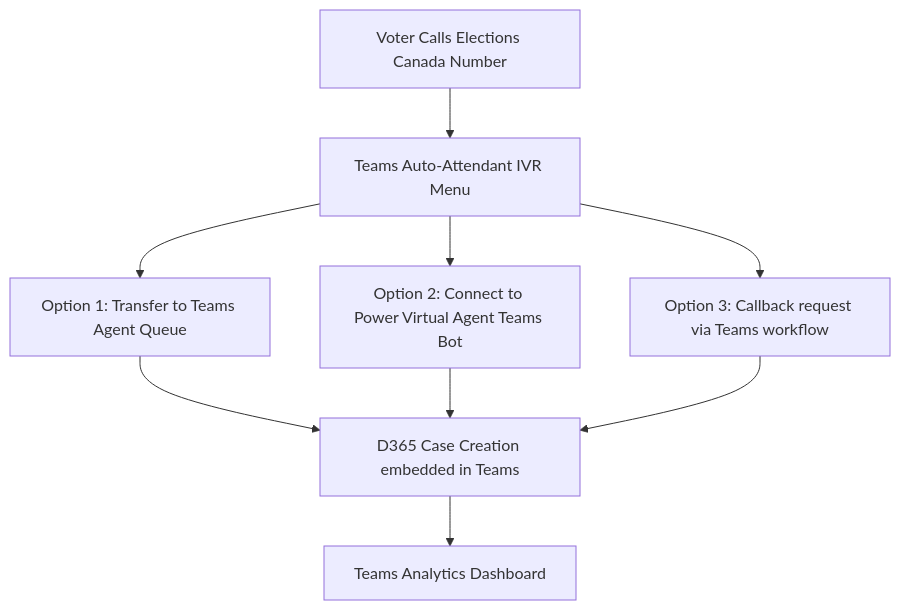
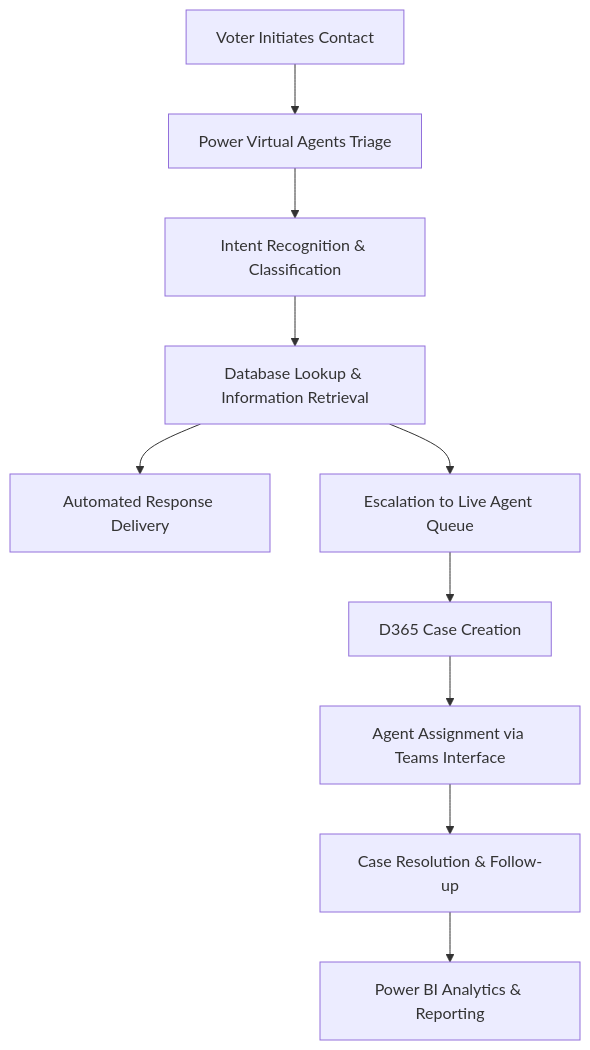
One commit to Cloudstrucc/Public changed the second of 9 diagrams in docs/DCC/readme.md. Above: the diagram before and after it, drawn with Mermaid. The commit also changed other lines of this file and 4 other files, not shown here.

````diff
--- a/docs/DCC/readme.md
+++ b/docs/DCC/readme.md
@@ -113,11 +140,12 @@
 ```mermaid
 graph TD
-    A[Voter Calls Elections Canada Number] --> B[Teams Auto-Attendant IVR Menu]
-    B --> C[Option 1: Transfer to Teams Agent Queue]
-    B --> D[Option 2: Connect to Power Virtual Agent Teams Bot]
-    B --> E[Option 3: Callback request via Teams workflow]
-    C --> F[D365 Case Creation embedded in Teams]
-    D --> F
-    E --> F
-    F --> G[Teams Analytics Dashboard]
+    A[Voter Initiates Contact] --> B[Power Virtual Agents Triage]
+    B --> C[Intent Recognition & Classification]
+    C --> D[Database Lookup & Information Retrieval]
+    D --> E[Automated Response Delivery]
+    D --> F[Escalation to Live Agent Queue]
+    F --> G[D365 Case Creation]
+    G --> H[Agent Assignment via Teams Interface]
+    H --> I[Case Resolution & Follow-up]
+    I --> J[Power BI Analytics & Reporting]
 ```
````
